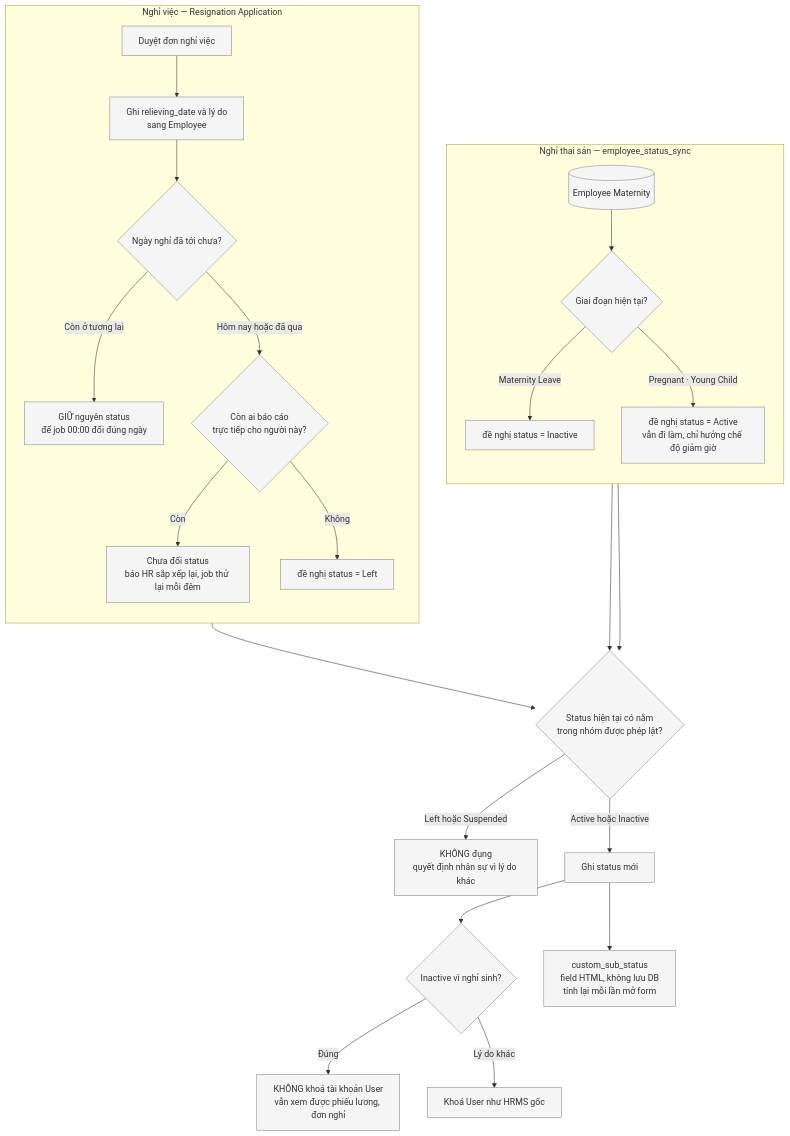
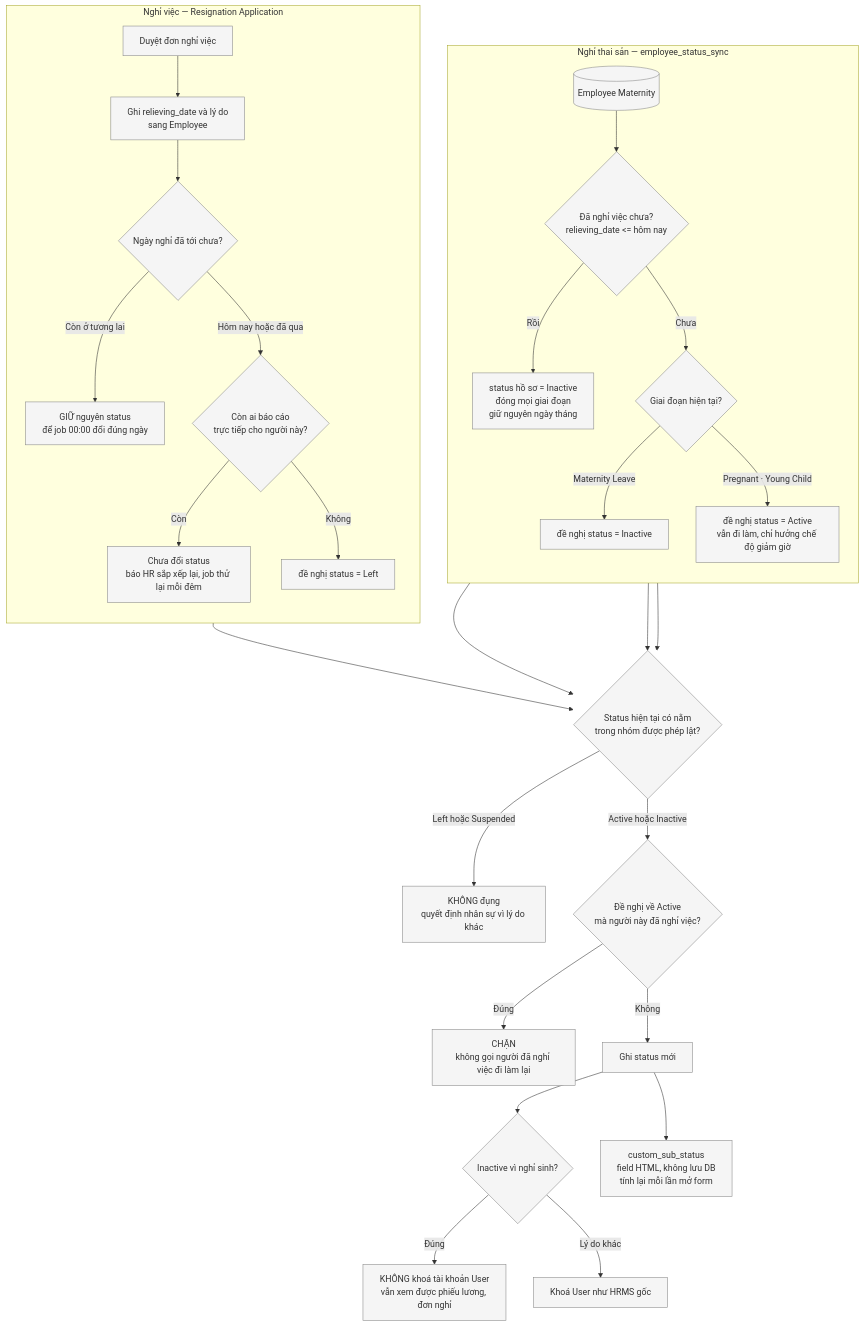
The fourth of 4 diagrams in customize_erpnext/docs/flowchart/employee.md (nguyenson-toray/customize_erpnext), drawn with Mermaid before and after one commit. The commit also changed other lines of this file and 7 other files, not shown here.

````diff
--- a/customize_erpnext/docs/flowchart/employee.md
+++ b/customize_erpnext/docs/flowchart/employee.md
@@ -210,32 +212,37 @@
 ```mermaid
 flowchart TD
     classDef default fill:#F5F5F5,stroke:#888888,color:#333333;
 
     subgraph MT["Nghỉ thai sản — employee_status_sync"]
         direction TB
-        A[(Employee Maternity)] --> B{Giai đoạn hiện tại?}
+        A[(Employee Maternity)] --> A1{Đã nghỉ việc chưa?<br/>relieving_date &lt;= hôm nay}
+        A1 -->|Rồi| A2[status hồ sơ = Inactive<br/>đóng mọi giai đoạn<br/>giữ nguyên ngày tháng]
+        A1 -->|Chưa| B{Giai đoạn hiện tại?}
         B -->|Maternity Leave| C[đề nghị status = Inactive]
         B -->|Pregnant · Young Child| D[đề nghị status = Active<br/>vẫn đi làm, chỉ hưởng chế độ giảm giờ]
     end
 
     subgraph RS["Nghỉ việc — Resignation Application"]
         direction TB
         R1[Duyệt đơn nghỉ việc] --> R2[Ghi relieving_date và lý do<br/>sang Employee]
         R2 --> R3{Ngày nghỉ đã tới chưa?}
         R3 -->|Còn ở tương lai| R4[GIỮ nguyên status<br/>để job 00:00 đổi đúng ngày]
         R3 -->|Hôm nay hoặc đã qua| R5{Còn ai báo cáo<br/>trực tiếp cho người này?}
         R5 -->|Còn| R6[Chưa đổi status<br/>báo HR sắp xếp lại, job thử lại mỗi đêm]
         R5 -->|Không| R7[đề nghị status = Left]
     end
 
     C --> E{Status hiện tại có nằm<br/>trong nhóm được phép lật?}
+    A2 --> E
     D --> E
     R7 --> E
     E -->|Left hoặc Suspended| F[KHÔNG đụng<br/>quyết định nhân sự vì lý do khác]
-    E -->|Active hoặc Inactive| G[Ghi status mới]
+    E -->|Active hoặc Inactive| E2{Đề nghị về Active<br/>mà người này đã nghỉ việc?}
+    E2 -->|Đúng| F2[CHẶN<br/>không gọi người đã nghỉ việc đi làm lại]
+    E2 -->|Không| G[Ghi status mới]
 
     G --> H{Inactive vì nghỉ sinh?}
     H -->|Đúng| I[KHÔNG khoá tài khoản User<br/>vẫn xem được phiếu lương, đơn nghỉ]
     H -->|Lý do khác| J[Khoá User như HRMS gốc]
     G --> K[custom_sub_status<br/>field HTML, không lưu DB<br/>tính lại mỗi lần mở form]
 ```
````
